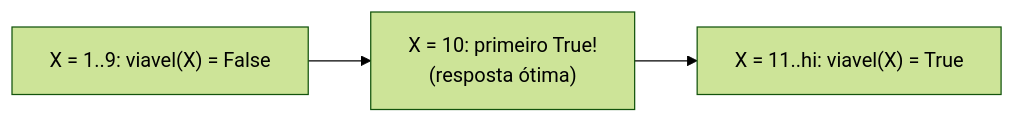
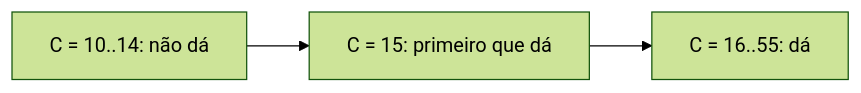
One commit to Lip3Bazinga/v0-level-usp-project changed the diagram in content/cursos/n3-estruturas-de-dados-e-algoritmos/04-busca-e-ordenacao/01-busca-linear-e-binaria.lvl.md. Above: the diagram before and after it, drawn with Mermaid (forest theme). The commit also changed other lines of this file and 20 other files, not shown here.

````diff
--- a/content/cursos/n3-estruturas-de-dados-e-algoritmos/04-busca-e-ordenacao/01-busca-linear-e-binaria.lvl.md
+++ b/content/cursos/n3-estruturas-de-dados-e-algoritmos/04-busca-e-ordenacao/01-busca-linear-e-binaria.lvl.md
@@ -171,5 +517,5 @@
 ```mermaid
 flowchart LR
-    A["X = 1..9: viavel(X) = False"] --> B["X = 10: primeiro True!<br/>(resposta ótima)"]
-    B --> C["X = 11..hi: viavel(X) = True"]
+    A["C = 10..14: não dá"] --> B["C = 15: primeiro que dá"]
+    B --> C["C = 16..55: dá"]
 ```
````
